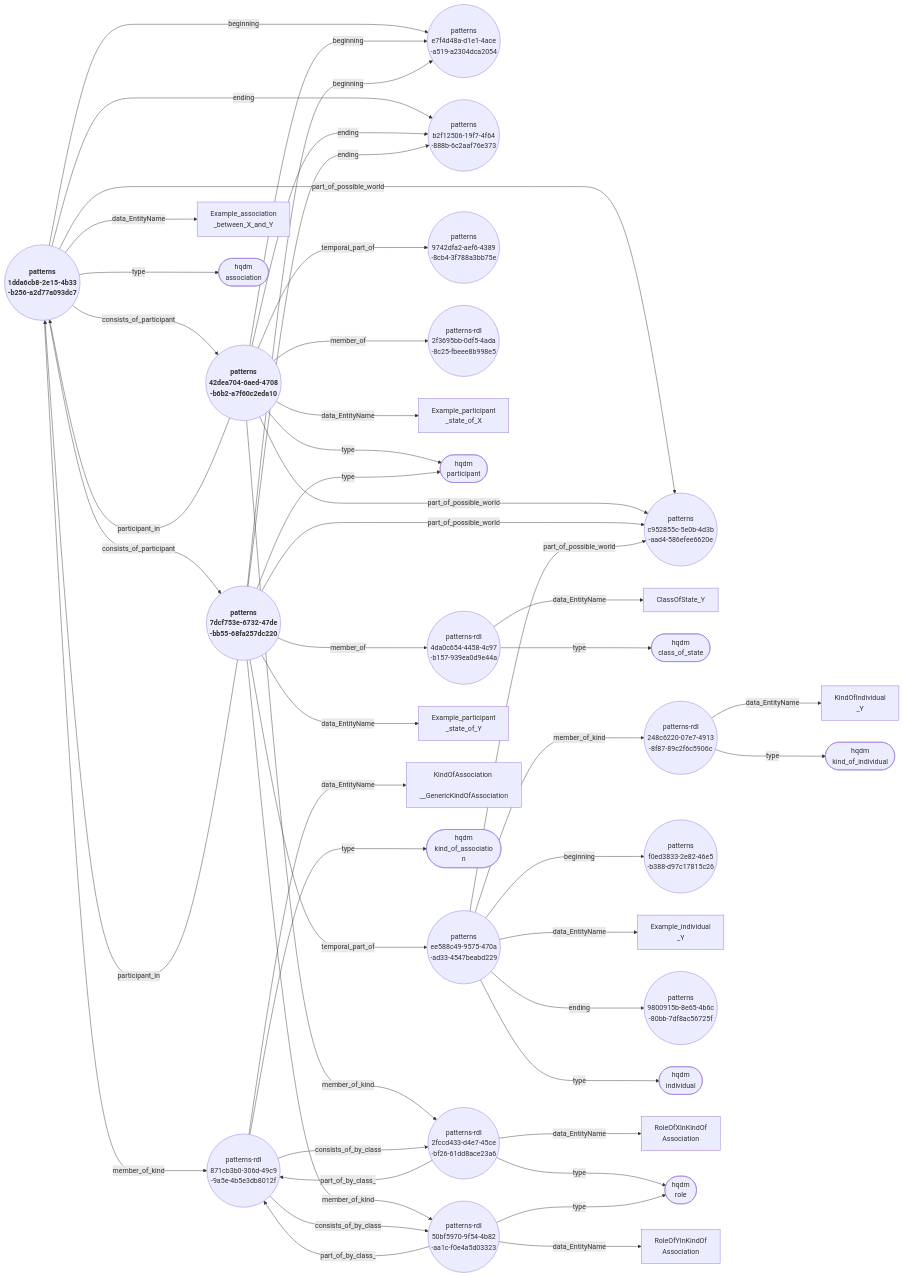
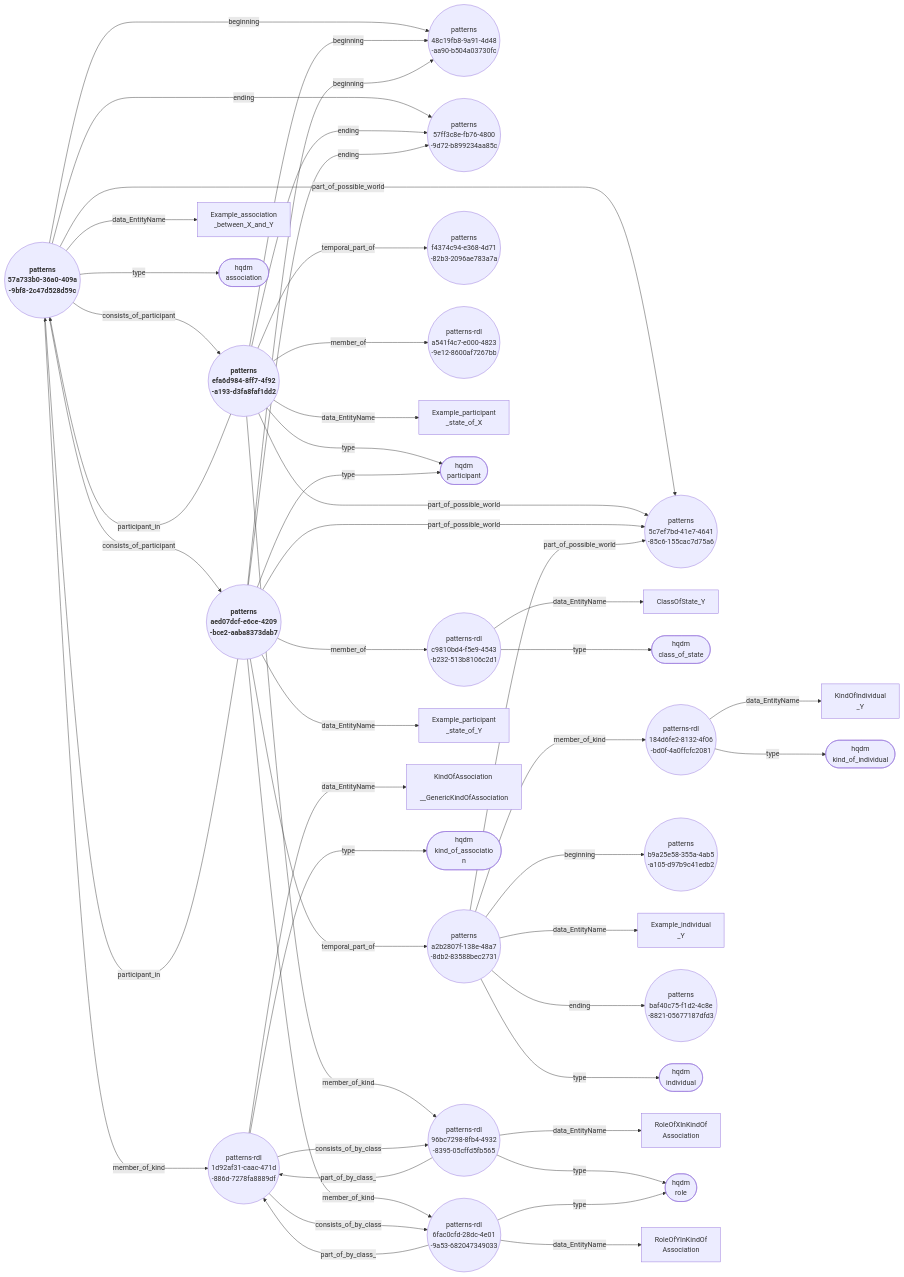
Before and after one commit to ClimbingAl/HqdmPatterns: the diagram in docs/extras/example-files/genericAssociationAndParticipantsFullNodeEdgeGraph.mermaid, drawn with Mermaid. The commit also changed 135 other files, not shown here.

````diff
--- a/docs/extras/example-files/genericAssociationAndParticipantsFullNodeEdgeGraph.mermaid
+++ b/docs/extras/example-files/genericAssociationAndParticipantsFullNodeEdgeGraph.mermaid
@@ -1,49 +1,49 @@
 ``` mermaid
 graph LR
-  1dda6cb8-2e15-4b33-b256-a2d77a093dc7(("<b> patterns <br> 1dda6cb8-2e15-4b33 <br> -b256-a2d77a093dc7"))--->|"beginning"|e7f4d48a-d1e1-4ace-a519-a2304dca2054(("patterns <br> e7f4d48a-d1e1-4ace <br> -a519-a2304dca2054"));
-  1dda6cb8-2e15-4b33-b256-a2d77a093dc7(("<b> patterns <br> 1dda6cb8-2e15-4b33 <br> -b256-a2d77a093dc7"))--->|"member_of_kind"|871cb3b0-306d-49c9-9a5e-4b5e3db8012f(("patterns-rdl <br> 871cb3b0-306d-49c9 <br> -9a5e-4b5e3db8012f"));
-  1dda6cb8-2e15-4b33-b256-a2d77a093dc7(("<b> patterns <br> 1dda6cb8-2e15-4b33 <br> -b256-a2d77a093dc7"))--->|"consists_of_participant"|42dea704-6aed-4708-b6b2-a7f60c2eda10(("<b> patterns <br> 42dea704-6aed-4708 <br> -b6b2-a7f60c2eda10"));
-  1dda6cb8-2e15-4b33-b256-a2d77a093dc7(("<b> patterns <br> 1dda6cb8-2e15-4b33 <br> -b256-a2d77a093dc7"))--->|"consists_of_participant"|7dcf753e-6732-47de-bb55-68fa257dc220(("<b> patterns <br> 7dcf753e-6732-47de <br> -bb55-68fa257dc220"));
-  1dda6cb8-2e15-4b33-b256-a2d77a093dc7(("<b> patterns <br> 1dda6cb8-2e15-4b33 <br> -b256-a2d77a093dc7"))--->|"part_of_possible_world"|c952855c-5e0b-4d3b-aad4-586efee6620e(("patterns <br> c952855c-5e0b-4d3b <br> -aad4-586efee6620e"));
-  1dda6cb8-2e15-4b33-b256-a2d77a093dc7(("<b> patterns <br> 1dda6cb8-2e15-4b33 <br> -b256-a2d77a093dc7"))--->|"data_EntityName"|Example_association_between_X_and_Y["Example_association <br> _between_X_and_Y"];
-  1dda6cb8-2e15-4b33-b256-a2d77a093dc7(("<b> patterns <br> 1dda6cb8-2e15-4b33 <br> -b256-a2d77a093dc7"))--->|"ending"|b2f12506-19f7-4f64-888b-6c2aaf76e373(("patterns <br> b2f12506-19f7-4f64 <br> -888b-6c2aaf76e373"));
-  1dda6cb8-2e15-4b33-b256-a2d77a093dc7(("<b> patterns <br> 1dda6cb8-2e15-4b33 <br> -b256-a2d77a093dc7"))--->|"type"|association(["hqdm <br> association"]);
-  42dea704-6aed-4708-b6b2-a7f60c2eda10(("<b> patterns <br> 42dea704-6aed-4708 <br> -b6b2-a7f60c2eda10"))--->|"beginning"|e7f4d48a-d1e1-4ace-a519-a2304dca2054(("patterns <br> e7f4d48a-d1e1-4ace <br> -a519-a2304dca2054"));
-  42dea704-6aed-4708-b6b2-a7f60c2eda10(("<b> patterns <br> 42dea704-6aed-4708 <br> -b6b2-a7f60c2eda10"))--->|"member_of_kind"|2fccd433-d4e7-45ce-bf26-61dd8ace23a6(("patterns-rdl <br> 2fccd433-d4e7-45ce <br> -bf26-61dd8ace23a6"));
-  42dea704-6aed-4708-b6b2-a7f60c2eda10(("<b> patterns <br> 42dea704-6aed-4708 <br> -b6b2-a7f60c2eda10"))--->|"part_of_possible_world"|c952855c-5e0b-4d3b-aad4-586efee6620e(("patterns <br> c952855c-5e0b-4d3b <br> -aad4-586efee6620e"));
-  42dea704-6aed-4708-b6b2-a7f60c2eda10(("<b> patterns <br> 42dea704-6aed-4708 <br> -b6b2-a7f60c2eda10"))--->|"participant_in"|1dda6cb8-2e15-4b33-b256-a2d77a093dc7(("<b> patterns <br> 1dda6cb8-2e15-4b33 <br> -b256-a2d77a093dc7"));
-  42dea704-6aed-4708-b6b2-a7f60c2eda10(("<b> patterns <br> 42dea704-6aed-4708 <br> -b6b2-a7f60c2eda10"))--->|"temporal_part_of"|9742dfa2-aef6-4389-8cb4-3f788a3bb75e(("patterns <br> 9742dfa2-aef6-4389 <br> -8cb4-3f788a3bb75e"));
-  42dea704-6aed-4708-b6b2-a7f60c2eda10(("<b> patterns <br> 42dea704-6aed-4708 <br> -b6b2-a7f60c2eda10"))--->|"member_of"|2f3695bb-0df5-4ada-8c25-fbeee8b998e5(("patterns-rdl <br> 2f3695bb-0df5-4ada <br> -8c25-fbeee8b998e5"));
-  42dea704-6aed-4708-b6b2-a7f60c2eda10(("<b> patterns <br> 42dea704-6aed-4708 <br> -b6b2-a7f60c2eda10"))--->|"data_EntityName"|Example_participant_state_of_X["Example_participant <br> _state_of_X"];
-  42dea704-6aed-4708-b6b2-a7f60c2eda10(("<b> patterns <br> 42dea704-6aed-4708 <br> -b6b2-a7f60c2eda10"))--->|"ending"|b2f12506-19f7-4f64-888b-6c2aaf76e373(("patterns <br> b2f12506-19f7-4f64 <br> -888b-6c2aaf76e373"));
-  42dea704-6aed-4708-b6b2-a7f60c2eda10(("<b> patterns <br> 42dea704-6aed-4708 <br> -b6b2-a7f60c2eda10"))--->|"type"|participant(["hqdm <br> participant"]);
-  7dcf753e-6732-47de-bb55-68fa257dc220(("<b> patterns <br> 7dcf753e-6732-47de <br> -bb55-68fa257dc220"))--->|"beginning"|e7f4d48a-d1e1-4ace-a519-a2304dca2054(("patterns <br> e7f4d48a-d1e1-4ace <br> -a519-a2304dca2054"));
-  7dcf753e-6732-47de-bb55-68fa257dc220(("<b> patterns <br> 7dcf753e-6732-47de <br> -bb55-68fa257dc220"))--->|"member_of_kind"|50bf5970-9f54-4b82-aa1c-f0e4a5d03323(("patterns-rdl <br> 50bf5970-9f54-4b82 <br> -aa1c-f0e4a5d03323"));
-  7dcf753e-6732-47de-bb55-68fa257dc220(("<b> patterns <br> 7dcf753e-6732-47de <br> -bb55-68fa257dc220"))--->|"part_of_possible_world"|c952855c-5e0b-4d3b-aad4-586efee6620e(("patterns <br> c952855c-5e0b-4d3b <br> -aad4-586efee6620e"));
-  7dcf753e-6732-47de-bb55-68fa257dc220(("<b> patterns <br> 7dcf753e-6732-47de <br> -bb55-68fa257dc220"))--->|"participant_in"|1dda6cb8-2e15-4b33-b256-a2d77a093dc7(("<b> patterns <br> 1dda6cb8-2e15-4b33 <br> -b256-a2d77a093dc7"));
-  7dcf753e-6732-47de-bb55-68fa257dc220(("<b> patterns <br> 7dcf753e-6732-47de <br> -bb55-68fa257dc220"))--->|"temporal_part_of"|ee588c49-9575-470a-ad33-4547beabd229(("patterns <br> ee588c49-9575-470a <br> -ad33-4547beabd229"));
-  7dcf753e-6732-47de-bb55-68fa257dc220(("<b> patterns <br> 7dcf753e-6732-47de <br> -bb55-68fa257dc220"))--->|"member_of"|4da0c654-4458-4c97-b157-939ea0d9e44a(("patterns-rdl <br> 4da0c654-4458-4c97 <br> -b157-939ea0d9e44a"));
-  7dcf753e-6732-47de-bb55-68fa257dc220(("<b> patterns <br> 7dcf753e-6732-47de <br> -bb55-68fa257dc220"))--->|"data_EntityName"|Example_participant_state_of_Y["Example_participant <br> _state_of_Y"];
-  7dcf753e-6732-47de-bb55-68fa257dc220(("<b> patterns <br> 7dcf753e-6732-47de <br> -bb55-68fa257dc220"))--->|"ending"|b2f12506-19f7-4f64-888b-6c2aaf76e373(("patterns <br> b2f12506-19f7-4f64 <br> -888b-6c2aaf76e373"));
-  7dcf753e-6732-47de-bb55-68fa257dc220(("<b> patterns <br> 7dcf753e-6732-47de <br> -bb55-68fa257dc220"))--->|"type"|participant(["hqdm <br> participant"]);
-  4da0c654-4458-4c97-b157-939ea0d9e44a(("patterns-rdl <br> 4da0c654-4458-4c97 <br> -b157-939ea0d9e44a"))--->|"data_EntityName"|ClassOfState_Y["ClassOfState_Y"];
-  4da0c654-4458-4c97-b157-939ea0d9e44a(("patterns-rdl <br> 4da0c654-4458-4c97 <br> -b157-939ea0d9e44a"))--->|"type"|class_of_state(["hqdm <br> class_of_state"]);
-  248c6220-07e7-4913-8f87-89c2f6c5906c(("patterns-rdl <br> 248c6220-07e7-4913 <br> -8f87-89c2f6c5906c"))--->|"data_EntityName"|KindOfIndividual_Y["KindOfIndividual <br> _Y"];
-  248c6220-07e7-4913-8f87-89c2f6c5906c(("patterns-rdl <br> 248c6220-07e7-4913 <br> -8f87-89c2f6c5906c"))--->|"type"|kind_of_individual(["hqdm <br> kind_of_individual"]);
-  ee588c49-9575-470a-ad33-4547beabd229(("patterns <br> ee588c49-9575-470a <br> -ad33-4547beabd229"))--->|"beginning"|f0ed3833-2e82-46e5-b388-d97c17815c26(("patterns <br> f0ed3833-2e82-46e5 <br> -b388-d97c17815c26"));
-  ee588c49-9575-470a-ad33-4547beabd229(("patterns <br> ee588c49-9575-470a <br> -ad33-4547beabd229"))--->|"member_of_kind"|248c6220-07e7-4913-8f87-89c2f6c5906c(("patterns-rdl <br> 248c6220-07e7-4913 <br> -8f87-89c2f6c5906c"));
-  ee588c49-9575-470a-ad33-4547beabd229(("patterns <br> ee588c49-9575-470a <br> -ad33-4547beabd229"))--->|"part_of_possible_world"|c952855c-5e0b-4d3b-aad4-586efee6620e(("patterns <br> c952855c-5e0b-4d3b <br> -aad4-586efee6620e"));
-  ee588c49-9575-470a-ad33-4547beabd229(("patterns <br> ee588c49-9575-470a <br> -ad33-4547beabd229"))--->|"data_EntityName"|Example_individual_Y["Example_individual <br> _Y"];
-  ee588c49-9575-470a-ad33-4547beabd229(("patterns <br> ee588c49-9575-470a <br> -ad33-4547beabd229"))--->|"ending"|9800915b-8e65-4b6c-80bb-7df8ac56725f(("patterns <br> 9800915b-8e65-4b6c <br> -80bb-7df8ac56725f"));
-  ee588c49-9575-470a-ad33-4547beabd229(("patterns <br> ee588c49-9575-470a <br> -ad33-4547beabd229"))--->|"type"|individual(["hqdm <br> individual"]);
-  871cb3b0-306d-49c9-9a5e-4b5e3db8012f(("patterns-rdl <br> 871cb3b0-306d-49c9 <br> -9a5e-4b5e3db8012f"))--->|"consists_of_by_class"|50bf5970-9f54-4b82-aa1c-f0e4a5d03323(("patterns-rdl <br> 50bf5970-9f54-4b82 <br> -aa1c-f0e4a5d03323"));
-  871cb3b0-306d-49c9-9a5e-4b5e3db8012f(("patterns-rdl <br> 871cb3b0-306d-49c9 <br> -9a5e-4b5e3db8012f"))--->|"consists_of_by_class"|2fccd433-d4e7-45ce-bf26-61dd8ace23a6(("patterns-rdl <br> 2fccd433-d4e7-45ce <br> -bf26-61dd8ace23a6"));
-  871cb3b0-306d-49c9-9a5e-4b5e3db8012f(("patterns-rdl <br> 871cb3b0-306d-49c9 <br> -9a5e-4b5e3db8012f"))--->|"data_EntityName"|KindOfAssociation__GenericKindOfAssociation["KindOfAssociation <br> __GenericKindOfAssociation"];
-  871cb3b0-306d-49c9-9a5e-4b5e3db8012f(("patterns-rdl <br> 871cb3b0-306d-49c9 <br> -9a5e-4b5e3db8012f"))--->|"type"|kind_of_association(["hqdm <br> kind_of_associatio <br> n"]);
-  2fccd433-d4e7-45ce-bf26-61dd8ace23a6(("patterns-rdl <br> 2fccd433-d4e7-45ce <br> -bf26-61dd8ace23a6"))--->|"data_EntityName"|RoleOfXInKindOfAssociation["RoleOfXInKindOf <br> Association"];
-  2fccd433-d4e7-45ce-bf26-61dd8ace23a6(("patterns-rdl <br> 2fccd433-d4e7-45ce <br> -bf26-61dd8ace23a6"))--->|"part_of_by_class_"|871cb3b0-306d-49c9-9a5e-4b5e3db8012f(("patterns-rdl <br> 871cb3b0-306d-49c9 <br> -9a5e-4b5e3db8012f"));
-  2fccd433-d4e7-45ce-bf26-61dd8ace23a6(("patterns-rdl <br> 2fccd433-d4e7-45ce <br> -bf26-61dd8ace23a6"))--->|"type"|role(["hqdm <br> role"]);
-  50bf5970-9f54-4b82-aa1c-f0e4a5d03323(("patterns-rdl <br> 50bf5970-9f54-4b82 <br> -aa1c-f0e4a5d03323"))--->|"data_EntityName"|RoleOfYInKindOfAssociation["RoleOfYInKindOf <br> Association"];
-  50bf5970-9f54-4b82-aa1c-f0e4a5d03323(("patterns-rdl <br> 50bf5970-9f54-4b82 <br> -aa1c-f0e4a5d03323"))--->|"part_of_by_class_"|871cb3b0-306d-49c9-9a5e-4b5e3db8012f(("patterns-rdl <br> 871cb3b0-306d-49c9 <br> -9a5e-4b5e3db8012f"));
-  50bf5970-9f54-4b82-aa1c-f0e4a5d03323(("patterns-rdl <br> 50bf5970-9f54-4b82 <br> -aa1c-f0e4a5d03323"))--->|"type"|role(["hqdm <br> role"]);
+  57a733b0-36a0-409a-9bf8-2c47d528d59c(("<b> patterns <br> 57a733b0-36a0-409a <br> -9bf8-2c47d528d59c"))--->|"beginning"|48c19fb8-9a91-4d48-aa90-b504a03730fc(("patterns <br> 48c19fb8-9a91-4d48 <br> -aa90-b504a03730fc"));
+  57a733b0-36a0-409a-9bf8-2c47d528d59c(("<b> patterns <br> 57a733b0-36a0-409a <br> -9bf8-2c47d528d59c"))--->|"member_of_kind"|1d92af31-caac-471d-886d-7278fa8889df(("patterns-rdl <br> 1d92af31-caac-471d <br> -886d-7278fa8889df"));
+  57a733b0-36a0-409a-9bf8-2c47d528d59c(("<b> patterns <br> 57a733b0-36a0-409a <br> -9bf8-2c47d528d59c"))--->|"consists_of_participant"|aed07dcf-e6ce-4209-bce2-aaba8373dab7(("<b> patterns <br> aed07dcf-e6ce-4209 <br> -bce2-aaba8373dab7"));
+  57a733b0-36a0-409a-9bf8-2c47d528d59c(("<b> patterns <br> 57a733b0-36a0-409a <br> -9bf8-2c47d528d59c"))--->|"consists_of_participant"|efa6d984-8ff7-4f92-a193-d3fa8faf1dd2(("<b> patterns <br> efa6d984-8ff7-4f92 <br> -a193-d3fa8faf1dd2"));
+  57a733b0-36a0-409a-9bf8-2c47d528d59c(("<b> patterns <br> 57a733b0-36a0-409a <br> -9bf8-2c47d528d59c"))--->|"part_of_possible_world"|5c7ef7bd-41e7-4641-85c6-155cac7d75a6(("patterns <br> 5c7ef7bd-41e7-4641 <br> -85c6-155cac7d75a6"));
+  57a733b0-36a0-409a-9bf8-2c47d528d59c(("<b> patterns <br> 57a733b0-36a0-409a <br> -9bf8-2c47d528d59c"))--->|"data_EntityName"|Example_association_between_X_and_Y["Example_association <br> _between_X_and_Y"];
+  57a733b0-36a0-409a-9bf8-2c47d528d59c(("<b> patterns <br> 57a733b0-36a0-409a <br> -9bf8-2c47d528d59c"))--->|"ending"|57ff3c8e-fb76-4800-9d72-b899234aa85c(("patterns <br> 57ff3c8e-fb76-4800 <br> -9d72-b899234aa85c"));
+  57a733b0-36a0-409a-9bf8-2c47d528d59c(("<b> patterns <br> 57a733b0-36a0-409a <br> -9bf8-2c47d528d59c"))--->|"type"|association(["hqdm <br> association"]);
+  efa6d984-8ff7-4f92-a193-d3fa8faf1dd2(("<b> patterns <br> efa6d984-8ff7-4f92 <br> -a193-d3fa8faf1dd2"))--->|"beginning"|48c19fb8-9a91-4d48-aa90-b504a03730fc(("patterns <br> 48c19fb8-9a91-4d48 <br> -aa90-b504a03730fc"));
+  efa6d984-8ff7-4f92-a193-d3fa8faf1dd2(("<b> patterns <br> efa6d984-8ff7-4f92 <br> -a193-d3fa8faf1dd2"))--->|"member_of_kind"|96bc7298-8fb4-4932-8395-05cffd5fb565(("patterns-rdl <br> 96bc7298-8fb4-4932 <br> -8395-05cffd5fb565"));
+  efa6d984-8ff7-4f92-a193-d3fa8faf1dd2(("<b> patterns <br> efa6d984-8ff7-4f92 <br> -a193-d3fa8faf1dd2"))--->|"part_of_possible_world"|5c7ef7bd-41e7-4641-85c6-155cac7d75a6(("patterns <br> 5c7ef7bd-41e7-4641 <br> -85c6-155cac7d75a6"));
+  efa6d984-8ff7-4f92-a193-d3fa8faf1dd2(("<b> patterns <br> efa6d984-8ff7-4f92 <br> -a193-d3fa8faf1dd2"))--->|"participant_in"|57a733b0-36a0-409a-9bf8-2c47d528d59c(("<b> patterns <br> 57a733b0-36a0-409a <br> -9bf8-2c47d528d59c"));
+  efa6d984-8ff7-4f92-a193-d3fa8faf1dd2(("<b> patterns <br> efa6d984-8ff7-4f92 <br> -a193-d3fa8faf1dd2"))--->|"temporal_part_of"|f4374c94-e368-4d71-82b3-2096ae783a7a(("patterns <br> f4374c94-e368-4d71 <br> -82b3-2096ae783a7a"));
+  efa6d984-8ff7-4f92-a193-d3fa8faf1dd2(("<b> patterns <br> efa6d984-8ff7-4f92 <br> -a193-d3fa8faf1dd2"))--->|"member_of"|a541f4c7-e000-4823-9e12-8600af7267bb(("patterns-rdl <br> a541f4c7-e000-4823 <br> -9e12-8600af7267bb"));
+  efa6d984-8ff7-4f92-a193-d3fa8faf1dd2(("<b> patterns <br> efa6d984-8ff7-4f92 <br> -a193-d3fa8faf1dd2"))--->|"data_EntityName"|Example_participant_state_of_X["Example_participant <br> _state_of_X"];
+  efa6d984-8ff7-4f92-a193-d3fa8faf1dd2(("<b> patterns <br> efa6d984-8ff7-4f92 <br> -a193-d3fa8faf1dd2"))--->|"ending"|57ff3c8e-fb76-4800-9d72-b899234aa85c(("patterns <br> 57ff3c8e-fb76-4800 <br> -9d72-b899234aa85c"));
+  efa6d984-8ff7-4f92-a193-d3fa8faf1dd2(("<b> patterns <br> efa6d984-8ff7-4f92 <br> -a193-d3fa8faf1dd2"))--->|"type"|participant(["hqdm <br> participant"]);
+  aed07dcf-e6ce-4209-bce2-aaba8373dab7(("<b> patterns <br> aed07dcf-e6ce-4209 <br> -bce2-aaba8373dab7"))--->|"beginning"|48c19fb8-9a91-4d48-aa90-b504a03730fc(("patterns <br> 48c19fb8-9a91-4d48 <br> -aa90-b504a03730fc"));
+  aed07dcf-e6ce-4209-bce2-aaba8373dab7(("<b> patterns <br> aed07dcf-e6ce-4209 <br> -bce2-aaba8373dab7"))--->|"member_of_kind"|6fac0cfd-28dc-4e01-9a53-682047349033(("patterns-rdl <br> 6fac0cfd-28dc-4e01 <br> -9a53-682047349033"));
+  aed07dcf-e6ce-4209-bce2-aaba8373dab7(("<b> patterns <br> aed07dcf-e6ce-4209 <br> -bce2-aaba8373dab7"))--->|"part_of_possible_world"|5c7ef7bd-41e7-4641-85c6-155cac7d75a6(("patterns <br> 5c7ef7bd-41e7-4641 <br> -85c6-155cac7d75a6"));
+  aed07dcf-e6ce-4209-bce2-aaba8373dab7(("<b> patterns <br> aed07dcf-e6ce-4209 <br> -bce2-aaba8373dab7"))--->|"participant_in"|57a733b0-36a0-409a-9bf8-2c47d528d59c(("<b> patterns <br> 57a733b0-36a0-409a <br> -9bf8-2c47d528d59c"));
+  aed07dcf-e6ce-4209-bce2-aaba8373dab7(("<b> patterns <br> aed07dcf-e6ce-4209 <br> -bce2-aaba8373dab7"))--->|"temporal_part_of"|a2b2807f-138e-48a7-8db2-83588bec2731(("patterns <br> a2b2807f-138e-48a7 <br> -8db2-83588bec2731"));
+  aed07dcf-e6ce-4209-bce2-aaba8373dab7(("<b> patterns <br> aed07dcf-e6ce-4209 <br> -bce2-aaba8373dab7"))--->|"member_of"|c9810bd4-f5e9-4543-b232-513b8106c2d1(("patterns-rdl <br> c9810bd4-f5e9-4543 <br> -b232-513b8106c2d1"));
+  aed07dcf-e6ce-4209-bce2-aaba8373dab7(("<b> patterns <br> aed07dcf-e6ce-4209 <br> -bce2-aaba8373dab7"))--->|"data_EntityName"|Example_participant_state_of_Y["Example_participant <br> _state_of_Y"];
+  aed07dcf-e6ce-4209-bce2-aaba8373dab7(("<b> patterns <br> aed07dcf-e6ce-4209 <br> -bce2-aaba8373dab7"))--->|"ending"|57ff3c8e-fb76-4800-9d72-b899234aa85c(("patterns <br> 57ff3c8e-fb76-4800 <br> -9d72-b899234aa85c"));
+  aed07dcf-e6ce-4209-bce2-aaba8373dab7(("<b> patterns <br> aed07dcf-e6ce-4209 <br> -bce2-aaba8373dab7"))--->|"type"|participant(["hqdm <br> participant"]);
+  c9810bd4-f5e9-4543-b232-513b8106c2d1(("patterns-rdl <br> c9810bd4-f5e9-4543 <br> -b232-513b8106c2d1"))--->|"data_EntityName"|ClassOfState_Y["ClassOfState_Y"];
+  c9810bd4-f5e9-4543-b232-513b8106c2d1(("patterns-rdl <br> c9810bd4-f5e9-4543 <br> -b232-513b8106c2d1"))--->|"type"|class_of_state(["hqdm <br> class_of_state"]);
+  184d6fe2-8132-4f06-bd0f-4a0ffcfc2081(("patterns-rdl <br> 184d6fe2-8132-4f06 <br> -bd0f-4a0ffcfc2081"))--->|"data_EntityName"|KindOfIndividual_Y["KindOfIndividual <br> _Y"];
+  184d6fe2-8132-4f06-bd0f-4a0ffcfc2081(("patterns-rdl <br> 184d6fe2-8132-4f06 <br> -bd0f-4a0ffcfc2081"))--->|"type"|kind_of_individual(["hqdm <br> kind_of_individual"]);
+  a2b2807f-138e-48a7-8db2-83588bec2731(("patterns <br> a2b2807f-138e-48a7 <br> -8db2-83588bec2731"))--->|"beginning"|b9a25e58-355a-4ab5-a105-d97b9c41edb2(("patterns <br> b9a25e58-355a-4ab5 <br> -a105-d97b9c41edb2"));
+  a2b2807f-138e-48a7-8db2-83588bec2731(("patterns <br> a2b2807f-138e-48a7 <br> -8db2-83588bec2731"))--->|"member_of_kind"|184d6fe2-8132-4f06-bd0f-4a0ffcfc2081(("patterns-rdl <br> 184d6fe2-8132-4f06 <br> -bd0f-4a0ffcfc2081"));
+  a2b2807f-138e-48a7-8db2-83588bec2731(("patterns <br> a2b2807f-138e-48a7 <br> -8db2-83588bec2731"))--->|"part_of_possible_world"|5c7ef7bd-41e7-4641-85c6-155cac7d75a6(("patterns <br> 5c7ef7bd-41e7-4641 <br> -85c6-155cac7d75a6"));
+  a2b2807f-138e-48a7-8db2-83588bec2731(("patterns <br> a2b2807f-138e-48a7 <br> -8db2-83588bec2731"))--->|"data_EntityName"|Example_individual_Y["Example_individual <br> _Y"];
+  a2b2807f-138e-48a7-8db2-83588bec2731(("patterns <br> a2b2807f-138e-48a7 <br> -8db2-83588bec2731"))--->|"ending"|baf40c75-f1d2-4c8e-8821-05677187dfd3(("patterns <br> baf40c75-f1d2-4c8e <br> -8821-05677187dfd3"));
+  a2b2807f-138e-48a7-8db2-83588bec2731(("patterns <br> a2b2807f-138e-48a7 <br> -8db2-83588bec2731"))--->|"type"|individual(["hqdm <br> individual"]);
+  1d92af31-caac-471d-886d-7278fa8889df(("patterns-rdl <br> 1d92af31-caac-471d <br> -886d-7278fa8889df"))--->|"consists_of_by_class"|6fac0cfd-28dc-4e01-9a53-682047349033(("patterns-rdl <br> 6fac0cfd-28dc-4e01 <br> -9a53-682047349033"));
+  1d92af31-caac-471d-886d-7278fa8889df(("patterns-rdl <br> 1d92af31-caac-471d <br> -886d-7278fa8889df"))--->|"consists_of_by_class"|96bc7298-8fb4-4932-8395-05cffd5fb565(("patterns-rdl <br> 96bc7298-8fb4-4932 <br> -8395-05cffd5fb565"));
+  1d92af31-caac-471d-886d-7278fa8889df(("patterns-rdl <br> 1d92af31-caac-471d <br> -886d-7278fa8889df"))--->|"data_EntityName"|KindOfAssociation__GenericKindOfAssociation["KindOfAssociation <br> __GenericKindOfAssociation"];
+  1d92af31-caac-471d-886d-7278fa8889df(("patterns-rdl <br> 1d92af31-caac-471d <br> -886d-7278fa8889df"))--->|"type"|kind_of_association(["hqdm <br> kind_of_associatio <br> n"]);
+  96bc7298-8fb4-4932-8395-05cffd5fb565(("patterns-rdl <br> 96bc7298-8fb4-4932 <br> -8395-05cffd5fb565"))--->|"data_EntityName"|RoleOfXInKindOfAssociation["RoleOfXInKindOf <br> Association"];
+  96bc7298-8fb4-4932-8395-05cffd5fb565(("patterns-rdl <br> 96bc7298-8fb4-4932 <br> -8395-05cffd5fb565"))--->|"part_of_by_class_"|1d92af31-caac-471d-886d-7278fa8889df(("patterns-rdl <br> 1d92af31-caac-471d <br> -886d-7278fa8889df"));
+  96bc7298-8fb4-4932-8395-05cffd5fb565(("patterns-rdl <br> 96bc7298-8fb4-4932 <br> -8395-05cffd5fb565"))--->|"type"|role(["hqdm <br> role"]);
+  6fac0cfd-28dc-4e01-9a53-682047349033(("patterns-rdl <br> 6fac0cfd-28dc-4e01 <br> -9a53-682047349033"))--->|"data_EntityName"|RoleOfYInKindOfAssociation["RoleOfYInKindOf <br> Association"];
+  6fac0cfd-28dc-4e01-9a53-682047349033(("patterns-rdl <br> 6fac0cfd-28dc-4e01 <br> -9a53-682047349033"))--->|"part_of_by_class_"|1d92af31-caac-471d-886d-7278fa8889df(("patterns-rdl <br> 1d92af31-caac-471d <br> -886d-7278fa8889df"));
+  6fac0cfd-28dc-4e01-9a53-682047349033(("patterns-rdl <br> 6fac0cfd-28dc-4e01 <br> -9a53-682047349033"))--->|"type"|role(["hqdm <br> role"]);
 ```
````
